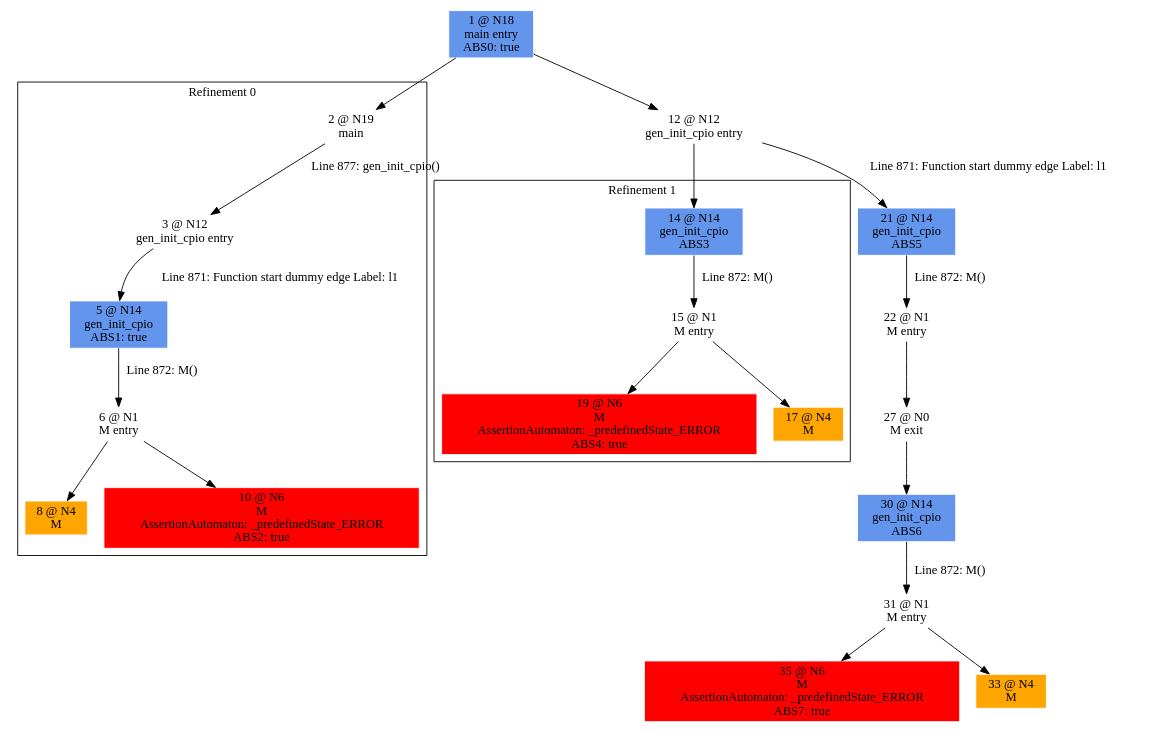
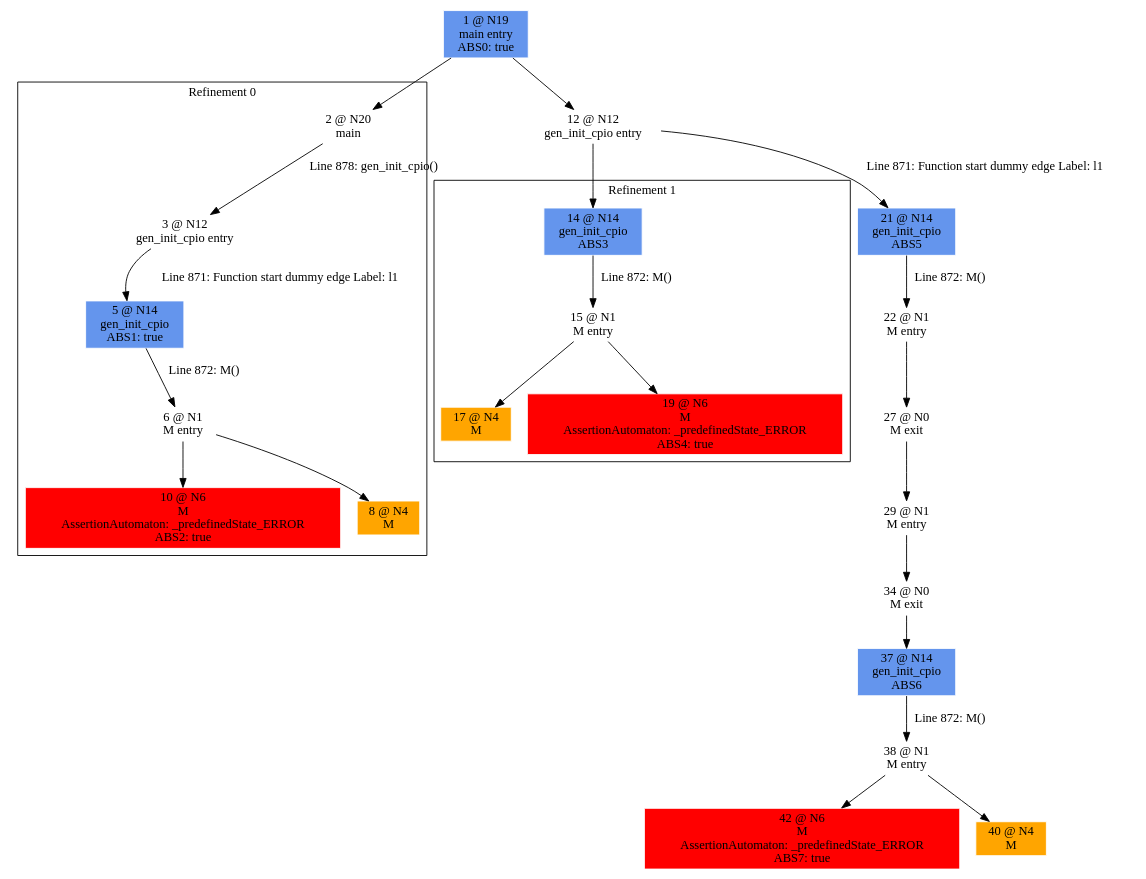
Before and after one commit to woailuo/experiments: the diagram in gen_init_cpio/analysis_behavior/ARGRefinements.dot, drawn with Graphviz. The commit also changed 227 other files, not shown here.

```diff
--- a/gen_init_cpio/analysis_behavior/ARGRefinements.dot
+++ b/gen_init_cpio/analysis_behavior/ARGRefinements.dot
@@ -1,46 +1,50 @@
 digraph ARG {
 node [style="filled" shape="box" color="white"]
 subgraph cluster_0 {
 label="Refinement 0"
-2 [label="2 @ N19\nmain" id="2"]
+2 [label="2 @ N20\nmain" id="2"]
 3 [label="3 @ N12\ngen_init_cpio entry" id="3"]
 5 [fillcolor="cornflowerblue" label="5 @ N14\ngen_init_cpio\nABS1: true" id="5"]
 6 [label="6 @ N1\nM entry" id="6"]
+10 [fillcolor="red" label="10 @ N6\nM\nAssertionAutomaton: _predefinedState_ERROR\nABS2: true" id="10"]
 8 [fillcolor="orange" label="8 @ N4\nM" id="8"]
-10 [fillcolor="red" label="10 @ N6\nM\nAssertionAutomaton: _predefinedState_ERROR\nABS2: true" id="10"]
-2 -> 3 [label="Line 877: gen_init_cpio()" id="2 -> 3"]
+2 -> 3 [label="Line 878: gen_init_cpio()" id="2 -> 3"]
 3 -> 5 [label="Line 871: Function start dummy edge Label: l1" id="3 -> 5"]
 5 -> 6 [label="Line 872: M()" id="5 -> 6"]
+6 -> 8 []
 6 -> 10 []
-6 -> 8 []
 }
 1 -> 2
 subgraph cluster_1 {
 label="Refinement 1"
 14 [fillcolor="cornflowerblue" label="14 @ N14\ngen_init_cpio\nABS3" id="14"]
 15 [label="15 @ N1\nM entry" id="15"]
+17 [fillcolor="orange" label="17 @ N4\nM" id="17"]
 19 [fillcolor="red" label="19 @ N6\nM\nAssertionAutomaton: _predefinedState_ERROR\nABS4: true" id="19"]
-17 [fillcolor="orange" label="17 @ N4\nM" id="17"]
 14 -> 15 [label="Line 872: M()" id="14 -> 15"]
+15 -> 19 []
 15 -> 17 []
-15 -> 19 []
 }
 12 -> 14
-1 [fillcolor="cornflowerblue" label="1 @ N18\nmain entry\nABS0: true" id="1"]
+1 [fillcolor="cornflowerblue" label="1 @ N19\nmain entry\nABS0: true" id="1"]
 12 [label="12 @ N12\ngen_init_cpio entry" id="12"]
 21 [fillcolor="cornflowerblue" label="21 @ N14\ngen_init_cpio\nABS5" id="21"]
 22 [label="22 @ N1\nM entry" id="22"]
 27 [label="27 @ N0\nM exit" id="27"]
-30 [fillcolor="cornflowerblue" label="30 @ N14\ngen_init_cpio\nABS6" id="30"]
-31 [label="31 @ N1\nM entry" id="31"]
-35 [fillcolor="red" label="35 @ N6\nM\nAssertionAutomaton: _predefinedState_ERROR\nABS7: true" id="35"]
-33 [fillcolor="orange" label="33 @ N4\nM" id="33"]
+29 [label="29 @ N1\nM entry" id="29"]
+34 [label="34 @ N0\nM exit" id="34"]
+37 [fillcolor="cornflowerblue" label="37 @ N14\ngen_init_cpio\nABS6" id="37"]
+38 [label="38 @ N1\nM entry" id="38"]
+42 [fillcolor="red" label="42 @ N6\nM\nAssertionAutomaton: _predefinedState_ERROR\nABS7: true" id="42"]
+40 [fillcolor="orange" label="40 @ N4\nM" id="40"]
 1 -> 12 []
 12 -> 21 [label="Line 871: Function start dummy edge Label: l1" id="12 -> 21"]
 21 -> 22 [label="Line 872: M()" id="21 -> 22"]
 22 -> 27 []
-27 -> 30 []
-30 -> 31 [label="Line 872: M()" id="30 -> 31"]
-31 -> 33 []
-31 -> 35 []
+27 -> 29 []
+29 -> 34 []
+34 -> 37 []
+37 -> 38 [label="Line 872: M()" id="37 -> 38"]
+38 -> 40 []
+38 -> 42 []
 }
```
